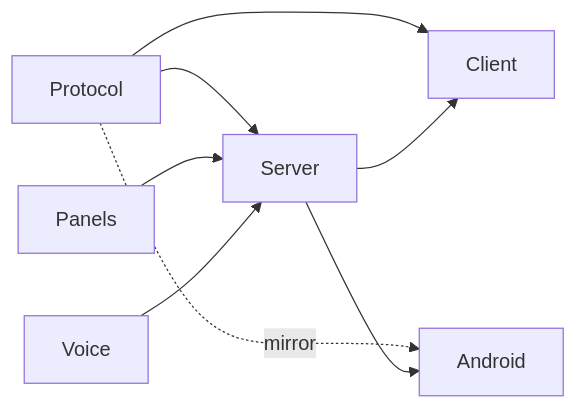
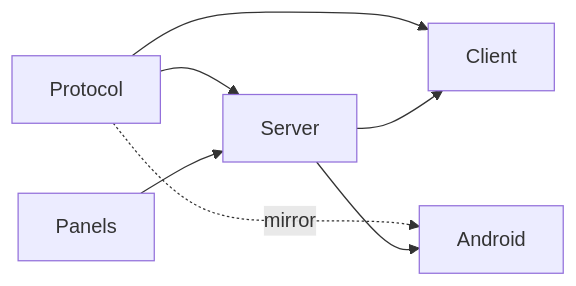
One commit to alennartz/pimote changed the first of 4 diagrams in codemap.md. Above: the diagram before and after it, drawn with Mermaid. The commit also changed other lines of this file, not shown here.

````diff
--- a/codemap.md
+++ b/codemap.md
@@ -7,10 +7,9 @@
 ```mermaid
 graph LR
   Protocol --> Server
   Protocol --> Client
   Protocol -.mirror.-> Android
   Panels --> Server
-  Voice --> Server
   Server --> Client
   Server --> Android
 ```
````
